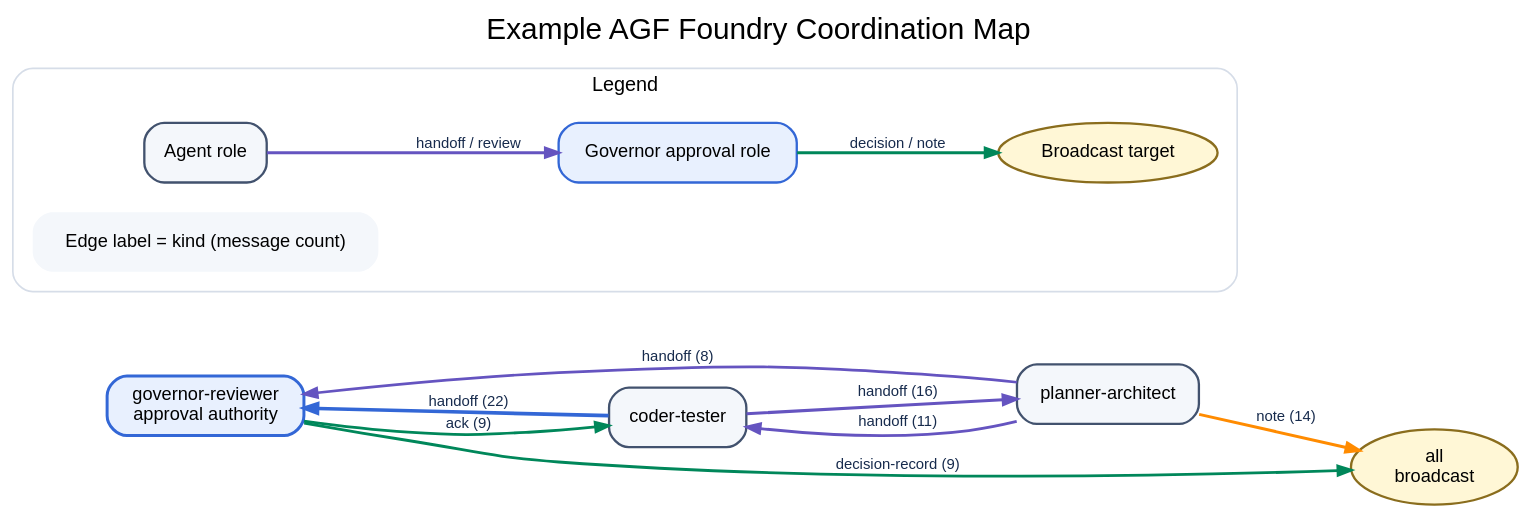
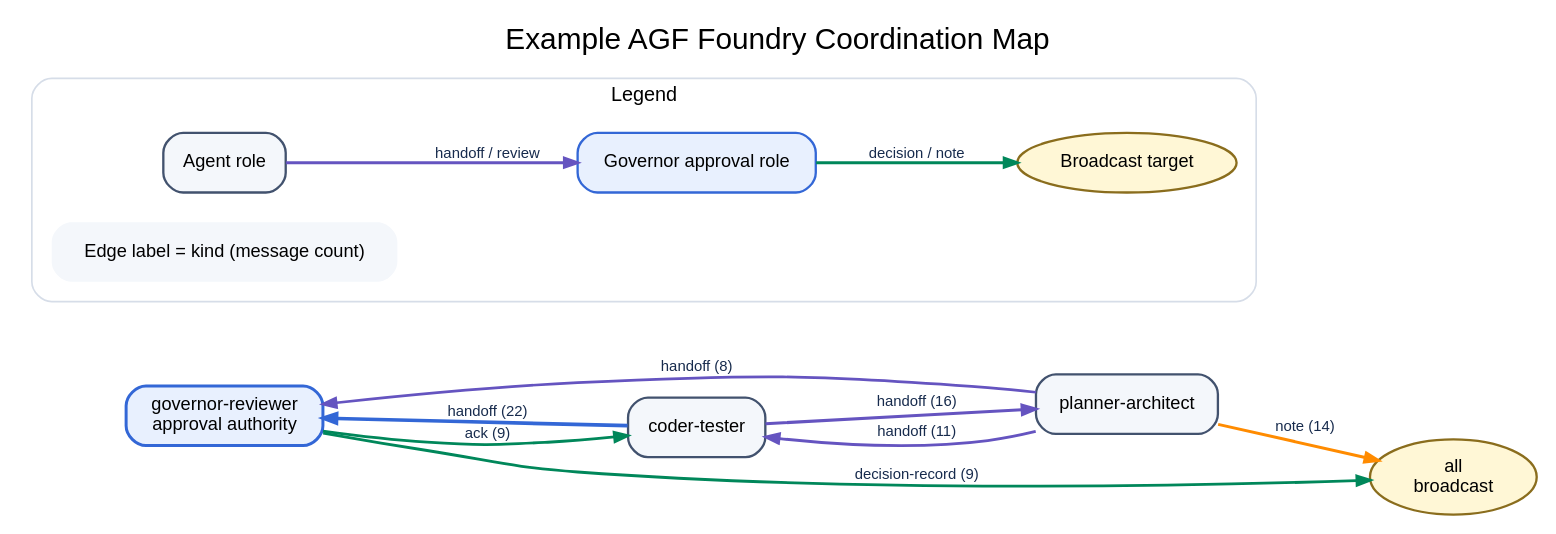
Before and after one commit to janipaijanen/agf-mirror: the diagram in agf/docs/figures/src/coordination-map-example.dot, drawn with Graphviz. The commit also changed 4 other files, not shown here.

```diff
--- a/agf/docs/figures/src/coordination-map-example.dot
+++ b/agf/docs/figures/src/coordination-map-example.dot
@@ -1,128 +1,129 @@
 digraph agf_coordination_example {
   graph [
     rankdir=LR,
-    bgcolor="transparent",
+    bgcolor="#ffffff",
     fontname="Helvetica",
     label="Example AGF Foundry Coordination Map",
     labelloc=t,
     fontsize=18
   ];
   node [
     fontname="Helvetica",
     fontsize=11,
     shape=box,
     style="rounded,filled",
     color="#42526e",
     fillcolor="#f4f7fb",
     penwidth=1.4
   ];
   edge [
     fontname="Helvetica",
     fontsize=9,
     color="#5e6c84",
     fontcolor="#172b4d",
     arrowsize=0.8,
     penwidth=1.4
   ];
 
   "all" [
     label="all\nbroadcast",
     shape=ellipse,
     fillcolor="#fff7d6",
     color="#8a6d1d"
   ];
   "coder-tester" [
     label="coder-tester"
   ];
   "governor-reviewer" [
     label="governor-reviewer\napproval authority",
     fillcolor="#e8f0fe",
     color="#3367d6",
     penwidth=1.8
   ];
   "planner-architect" [
     label="planner-architect"
   ];
 
   "coder-tester" -> "governor-reviewer" [
     label="handoff (22)",
     color="#3367d6",
     penwidth=2.2
   ];
   "coder-tester" -> "planner-architect" [
     label="handoff (16)",
     color="#6554c0",
     penwidth=1.9
   ];
   "governor-reviewer" -> "all" [
     label="decision-record (9)",
     color="#00875a",
     penwidth=1.7
   ];
   "governor-reviewer" -> "coder-tester" [
     label="ack (9)",
     color="#00875a",
     penwidth=1.7
   ];
   "planner-architect" -> "all" [
     label="note (14)",
     color="#ff8b00",
     penwidth=1.8
   ];
   "planner-architect" -> "coder-tester" [
     label="handoff (11)",
     color="#6554c0",
     penwidth=1.7
   ];
   "planner-architect" -> "governor-reviewer" [
     label="handoff (8)",
     color="#6554c0",
     penwidth=1.6
   ];
 
   subgraph cluster_legend {
     label="Legend";
     color="#d6dde8";
     fontname="Helvetica";
     fontsize=12;
     margin=12;
-    style="rounded";
+    style="rounded,filled";
+    fillcolor="#ffffff";
 
     legend_role [
       label="Agent role",
       shape=box,
       style="rounded,filled",
       fillcolor="#f4f7fb",
       color="#42526e"
     ];
     legend_authority [
       label="Governor approval role",
       shape=box,
       style="rounded,filled",
       fillcolor="#e8f0fe",
       color="#3367d6"
     ];
     legend_broadcast [
       label="Broadcast target",
       shape=ellipse,
       style=filled,
       fillcolor="#fff7d6",
       color="#8a6d1d"
     ];
     legend_edge [
       label="Edge label = kind (message count)",
       shape=plaintext
     ];
 
     legend_role -> legend_authority [
       label="handoff / review",
       color="#6554c0",
       penwidth=1.7
     ];
     legend_authority -> legend_broadcast [
       label="decision / note",
       color="#00875a",
       penwidth=1.7
     ];
   }
 }
```
